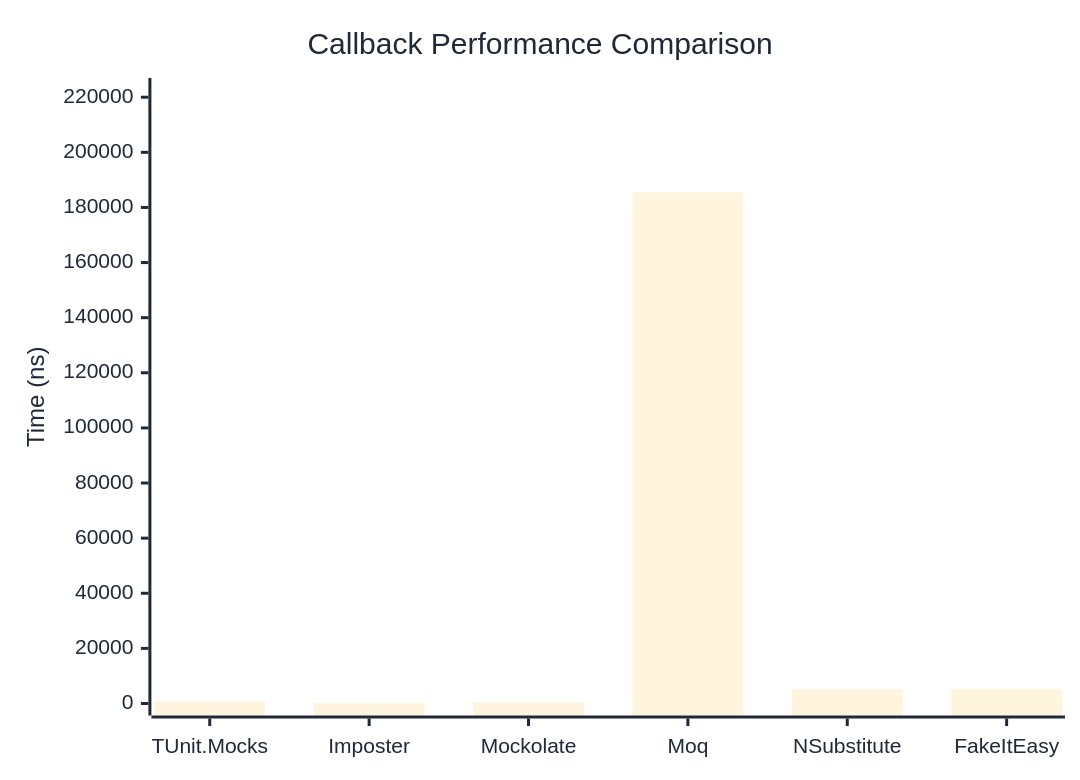
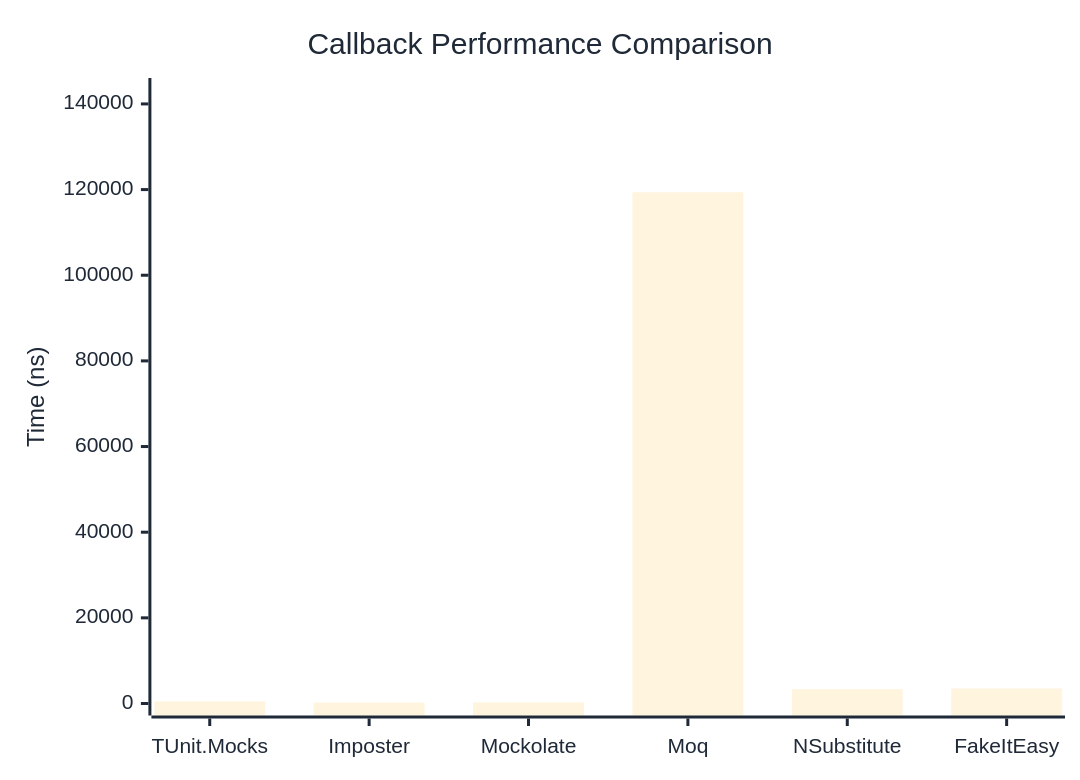
Before and after one commit to thomhurst/TUnit: the first of 2 diagrams in docs/docs/benchmarks/mocks/Callback.md, drawn with Mermaid. The commit also changed other lines of this file and 14 other files, not shown here.

````diff
--- a/docs/docs/benchmarks/mocks/Callback.md
+++ b/docs/docs/benchmarks/mocks/Callback.md
@@ -30,27 +30,27 @@
 ```mermaid
 %%{init: {
   'theme':'base',
   'themeVariables': {
     'primaryColor': '#2563eb',
     'primaryTextColor': '#1f2937',
     'primaryBorderColor': '#1e40af',
     'lineColor': '#6b7280',
     'secondaryColor': '#7c3aed',
     'tertiaryColor': '#dc2626',
     'background': '#ffffff',
     'pie1': '#2563eb',
     'pie2': '#7c3aed',
     'pie3': '#dc2626',
     'pie4': '#f59e0b',
     'pie5': '#10b981',
     'pie6': '#06b6d4',
     'pie7': '#ec4899',
     'pie8': '#6366f1'
   }
 }}%%
 xychart-beta
   title "Callback Performance Comparison"
   x-axis ["TUnit.Mocks", "Imposter", "Mockolate", "Moq", "NSubstitute", "FakeItEasy"]
-  y-axis "Time (ns)" 0 --> 222620
-  bar [716.1, 259.6, 374.9, 185516.6, 5115.4, 5340]
+  y-axis "Time (ns)" 0 --> 143252
+  bar [501.2, 199.6, 258.5, 119376.5, 3353.9, 3506.8]
 ```
````
